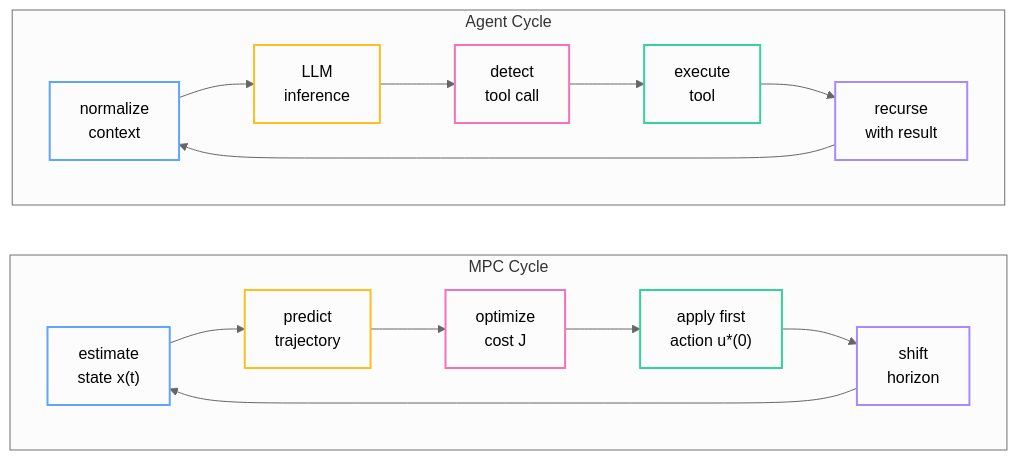
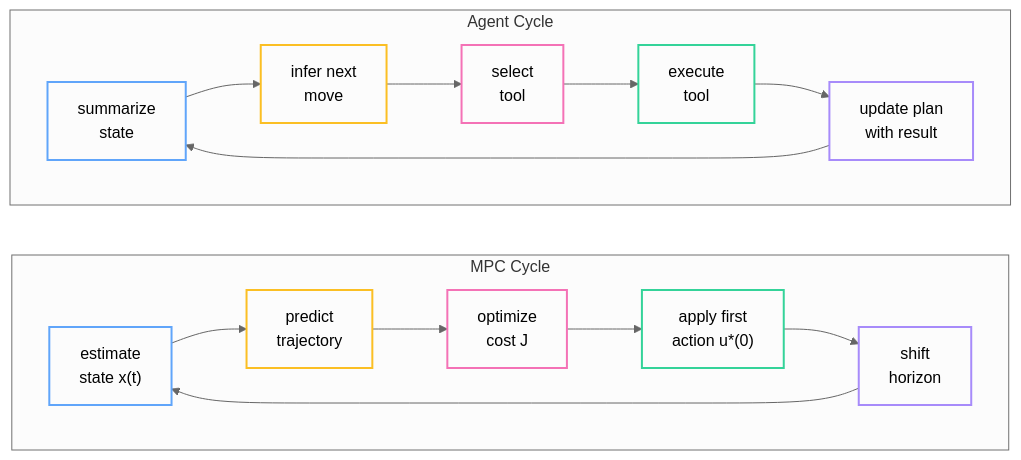
One commit to bolu-atx/bolu-atx.github.io changed the diagram in _posts/2026-02-26-ai-agents-are-control-systems.md. Above: the diagram before and after it, drawn with Mermaid (neutral theme). The commit also changed other lines of this file, not shown here.

````diff
--- a/_posts/2026-02-26-ai-agents-are-control-systems.md
+++ b/_posts/2026-02-26-ai-agents-are-control-systems.md
@@ -287,32 +321,32 @@
 ```mermaid
 graph LR
     subgraph MPC["MPC Cycle"]
         direction LR
         A1["estimate<br/>state x(t)"] --> A2["predict<br/>trajectory"]
         A2 --> A3["optimize<br/>cost J"]
         A3 --> A4["apply first<br/>action u*(0)"]
         A4 --> A5["shift<br/>horizon"]
         A5 --> A1
     end
 
     subgraph Agent["Agent Cycle"]
         direction LR
-        B1["normalize<br/>context"] --> B2["LLM<br/>inference"]
-        B2 --> B3["detect<br/>tool call"]
+        B1["summarize<br/>state"] --> B2["infer next<br/>move"]
+        B2 --> B3["select<br/>tool"]
         B3 --> B4["execute<br/>tool"]
-        B4 --> B5["recurse<br/>with result"]
+        B4 --> B5["update plan<br/>with result"]
         B5 --> B1
     end
 
     classDef input fill:none,stroke:#60a5fa,stroke-width:2px
     classDef highlight fill:none,stroke:#f472b6,stroke-width:2px
     classDef output fill:none,stroke:#34d399,stroke-width:2px
     classDef result fill:none,stroke:#a78bfa,stroke-width:2px
     classDef progress fill:none,stroke:#fbbf24,stroke-width:2px
 
     class A1,B1 input
     class A2,B2 progress
     class A3,B3 highlight
     class A4,B4 output
     class A5,B5 result
 ```
````
